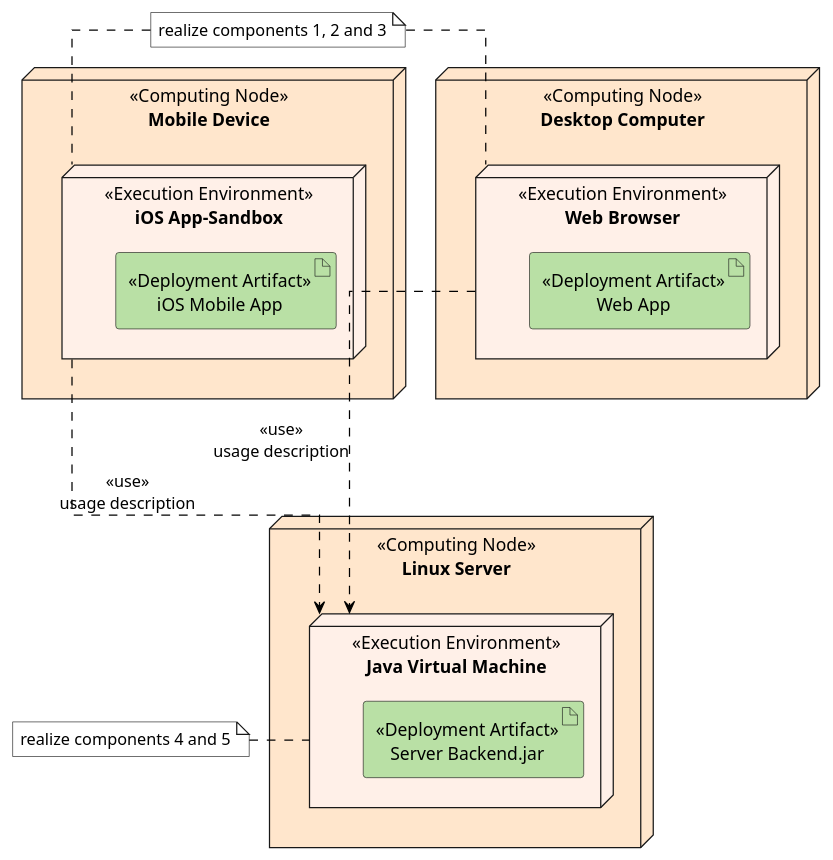
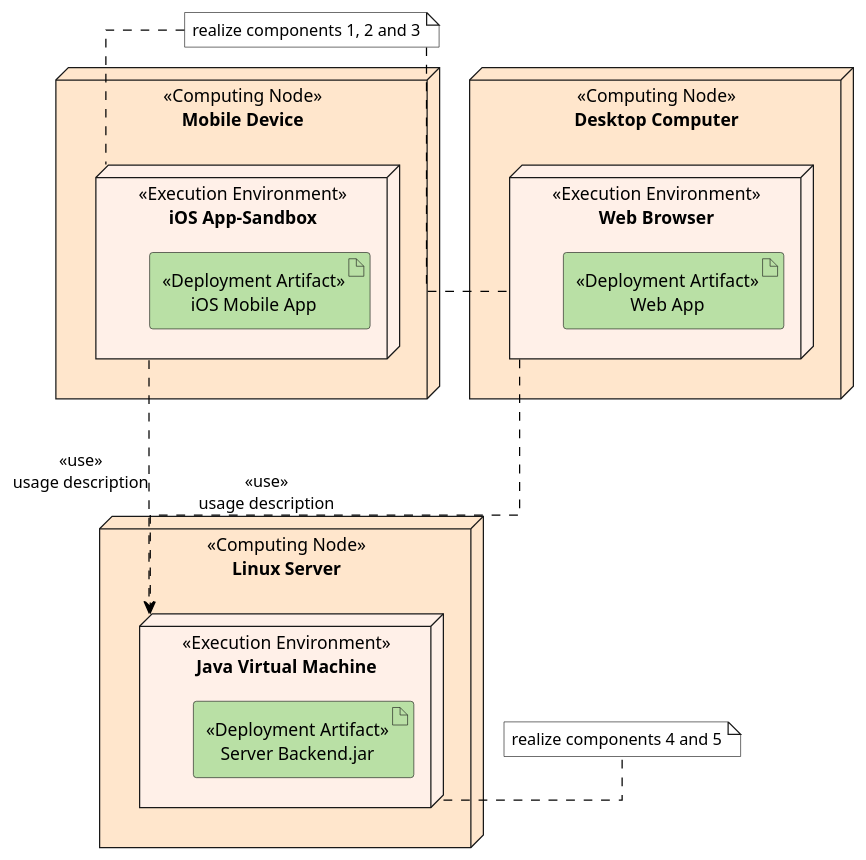
One commit to YanChunChang/BA_Plantuml changed the diagram in ADF-Design/deployment-driven-decomposition.plantuml. Above: the diagram before and after it, drawn with PlantUML.

Commit message:
fix position

```diff
--- a/ADF-Design/deployment-driven-decomposition.plantuml
+++ b/ADF-Design/deployment-driven-decomposition.plantuml
@@ -1,45 +1,45 @@
 @startuml Deployment-driven decomposition
 'left to right direction
 skinparam  {
     node {
         FontStyle normal
         BackgroundColor #ffe6cc
     }
     artifact {
         FontStyle normal
         BackgroundColor #b9e0a5
     }
     linetype ortho
 }
 
 node "**Mobile Device**" <<Computing Node>> as a #ffe6cc{
     node "**iOS App-Sandbox**" <<Execution Environment>> as e #fff0e8{
         artifact "iOS Mobile App" <<Deployment Artifact>> as i
     }
 }
 
 node "**Desktop Computer**" <<Computing Node>> as b #ffe6cc{
     node "**Web Browser**" <<Execution Environment>> as f #fff0e8{
         artifact "Web App" <<Deployment Artifact>> as j
     }
 }
 
 node "**Linux Server**" <<Computing Node>> as d #ffe6cc{
     node "**Java Virtual Machine**" <<Execution Environment>> as h #fff0e8{
         artifact "Server Backend.jar" <<Deployment Artifact>> as l
     }
 }
 
 note "realize components 1, 2 and 3" as n1 #ffffff
 note "realize components 4 and 5" as n2 #ffffff
 
 'wenn Beschreibung zu lang nicht gut
 e ----> h #black;line.dashed;:<<use>>\nusage description
 f ----> h #black;line.dashed;:<<use>>\nusage description
 
 n1 -- e #black;line.dashed;
 n1 -- f #black;line.dashed;
-n2 - h #black;line.dashed;
+n2 -l- h #black;line.dashed;
 
 
 @enduml
```
